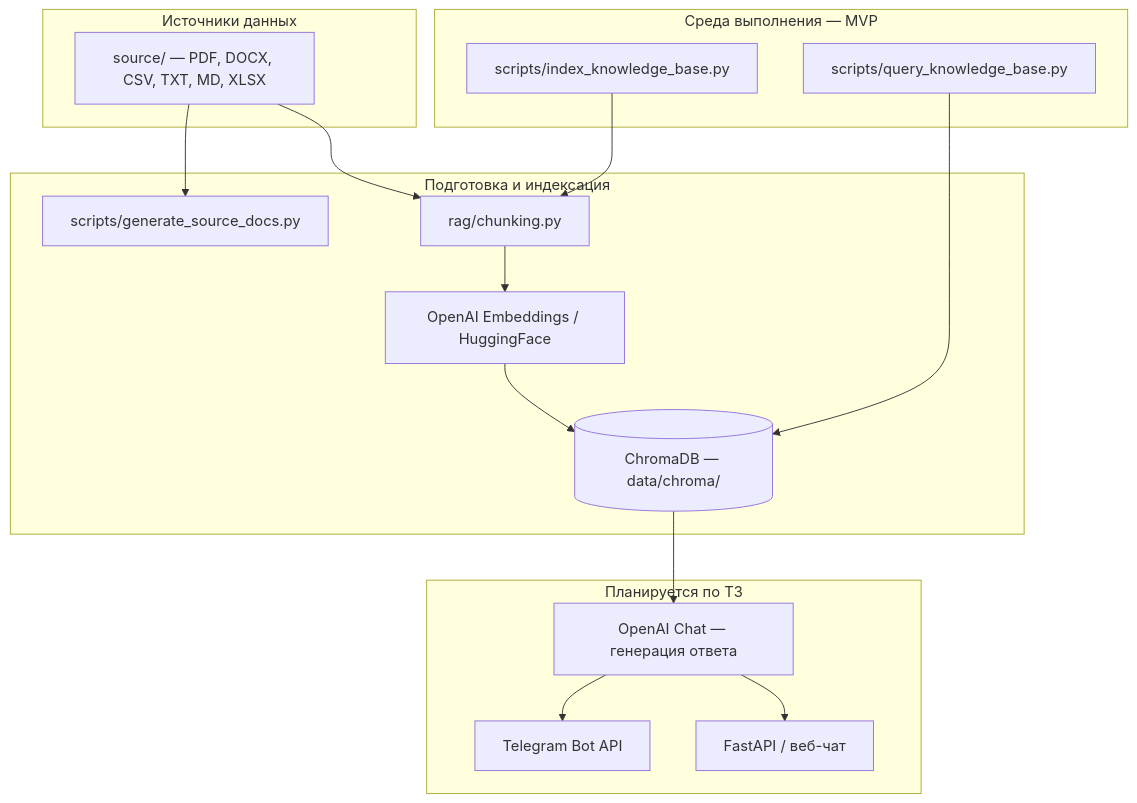
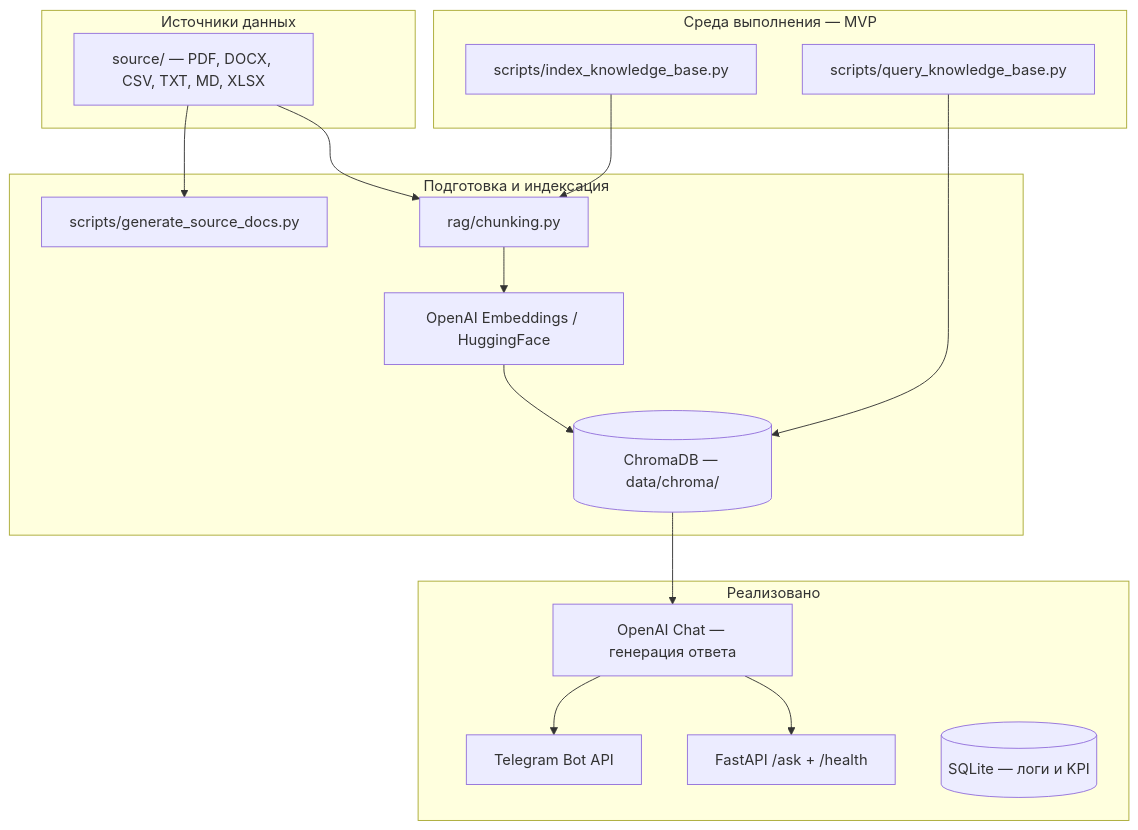
The diagram in stek.md (DimonRonD/InMyHeart), drawn with Mermaid before and after one commit. The commit also changed other lines of this file and 38 other files, not shown here.

First line of the commit message:
Add FastAPI, Telegram bot, SQLite logging, and pytest CI.

````diff
--- a/stek.md
+++ b/stek.md
@@ -11,33 +11,34 @@
 ```mermaid
 flowchart TB
     subgraph sources [Источники данных]
         DOC[source/ — PDF, DOCX, CSV, TXT, MD, XLSX]
     end
 
     subgraph ingest [Подготовка и индексация]
         GEN[scripts/generate_source_docs.py]
         CHUNK[rag/chunking.py]
         EMB[OpenAI Embeddings / HuggingFace]
         CHROMA[(ChromaDB — data/chroma/)]
     end
 
     subgraph runtime [Среда выполнения — MVP]
         CLI1[scripts/index_knowledge_base.py]
         CLI2[scripts/query_knowledge_base.py]
     end
 
-    subgraph planned [Планируется по ТЗ]
+    subgraph planned [Реализовано]
         TG[Telegram Bot API]
-        API[FastAPI / веб-чат]
+        API[FastAPI /ask + /health]
         LLM[OpenAI Chat — генерация ответа]
+        SQL[(SQLite — логи и KPI)]
     end
 
     DOC --> GEN
     DOC --> CHUNK
     CHUNK --> EMB --> CHROMA
     CLI1 --> CHUNK
     CLI2 --> CHROMA
     CHROMA --> LLM
     LLM --> TG
     LLM --> API
 ```
````
